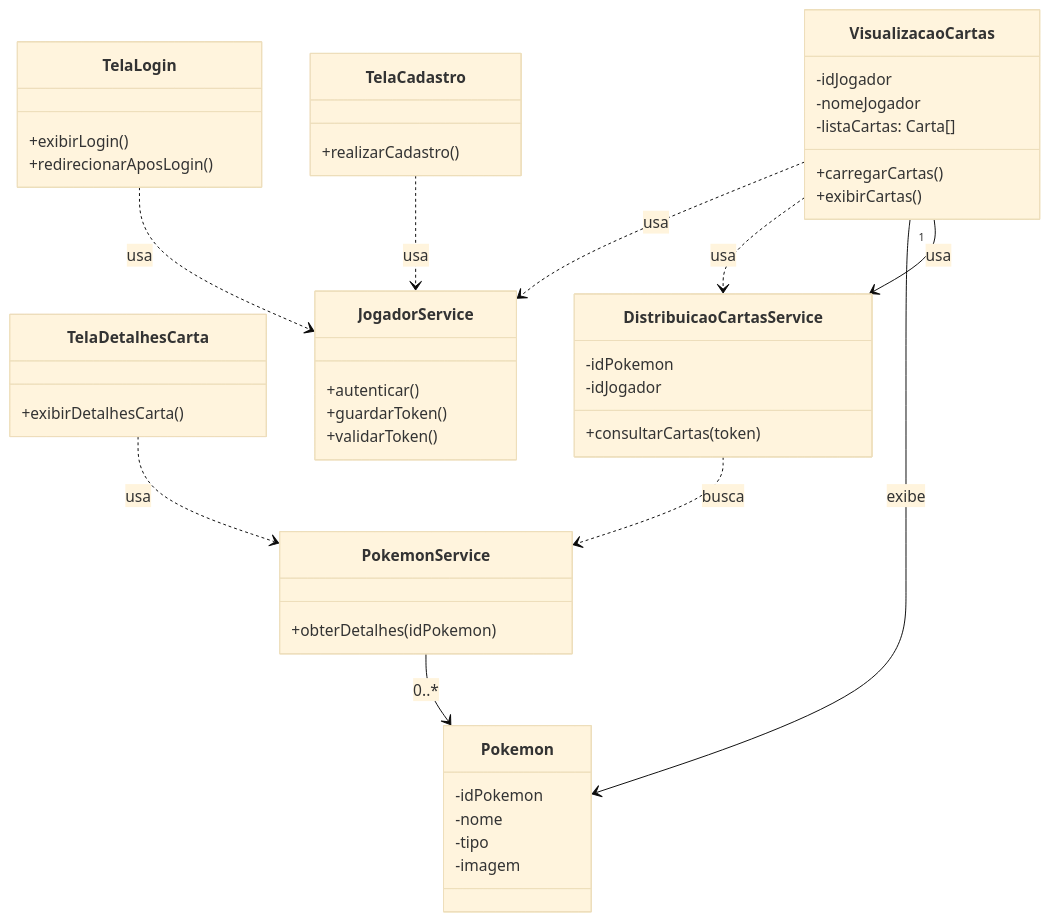
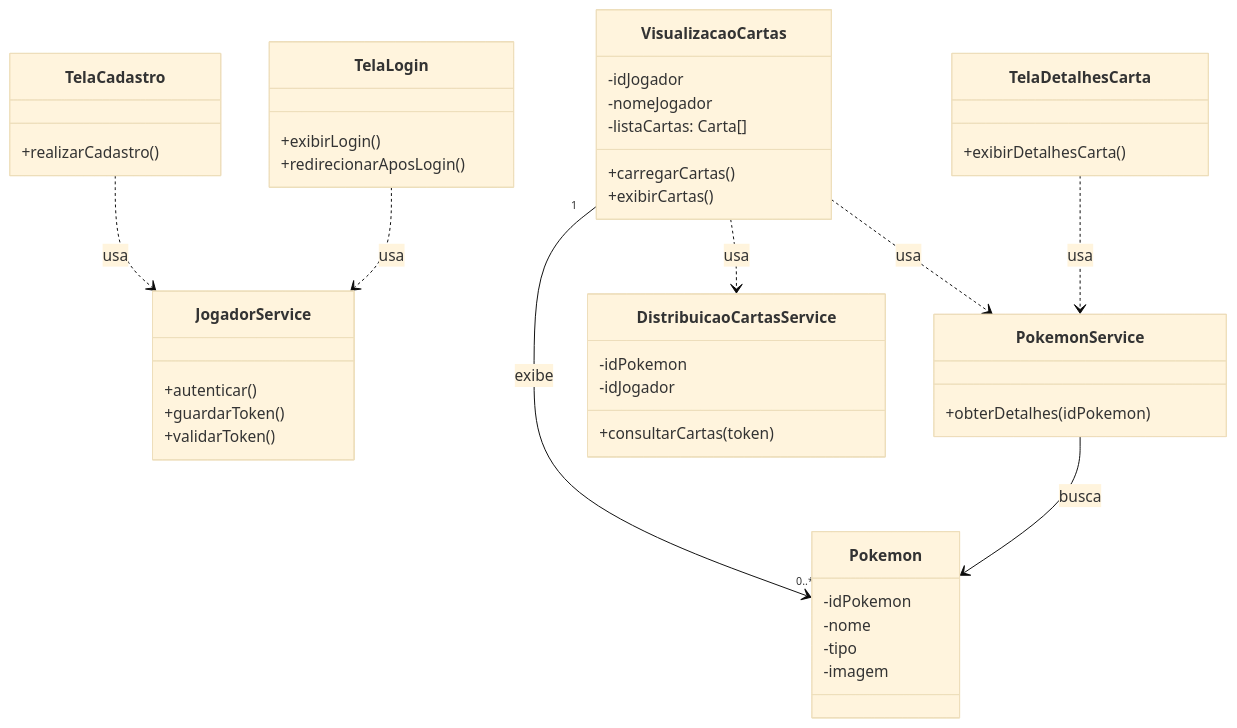
The second of 2 diagrams in README.md (Inatel-S03-20261/Tema-04), drawn with Mermaid (base theme) before and after one commit. The commit also changed other lines of this file, not shown here.

Commit message:
docs: adiciona multiplicidade no diagrama de classes

````diff
--- a/README.md
+++ b/README.md
@@ -77,56 +77,54 @@
 ```mermaid
 classDiagram
     class TelaLogin {
         +exibirLogin()
         +redirecionarAposLogin()
     }
 
     class TelaCadastro {
         +realizarCadastro()
     }
 
-    class TelaDetalhesCarta {
-        +exibirDetalhesCarta()
-    }
-
     class JogadorService {
         +autenticar()
         +guardarToken()
         +validarToken()
+    }
+
+    class TelaDetalhesCarta {
+        +exibirDetalhesCarta()
     }
 
     class VisualizacaoCartas {
         -idJogador
         -nomeJogador
         -listaCartas: Carta[]
         +carregarCartas()
         +exibirCartas()
     }
 
     class DistribuicaoCartasService {
         -idPokemon
         -idJogador
         +consultarCartas(token)
     }
 
     class PokemonService {
         +obterDetalhes(idPokemon)
     }
 
     class Pokemon {
         -idPokemon
         -nome
         -tipo
         -imagem
     }
 
     TelaLogin ..> JogadorService : usa
     TelaCadastro ..> JogadorService : usa
     TelaDetalhesCarta ..> PokemonService : usa
-    VisualizacaoCartas ..> JogadorService : usa
+    VisualizacaoCartas ..> PokemonService : usa
     VisualizacaoCartas ..> DistribuicaoCartasService : usa
-    VisualizacaoCartas --> Pokemon : exibe
-    DistribuicaoCartasService ..> PokemonService : busca
-    PokemonService --> Pokemon : 0..*
-    VisualizacaoCartas "1" --> DistribuicaoCartasService : usa
+    VisualizacaoCartas "1" --> "0..*" Pokemon : exibe
+    PokemonService --> Pokemon : busca
 ```
````
